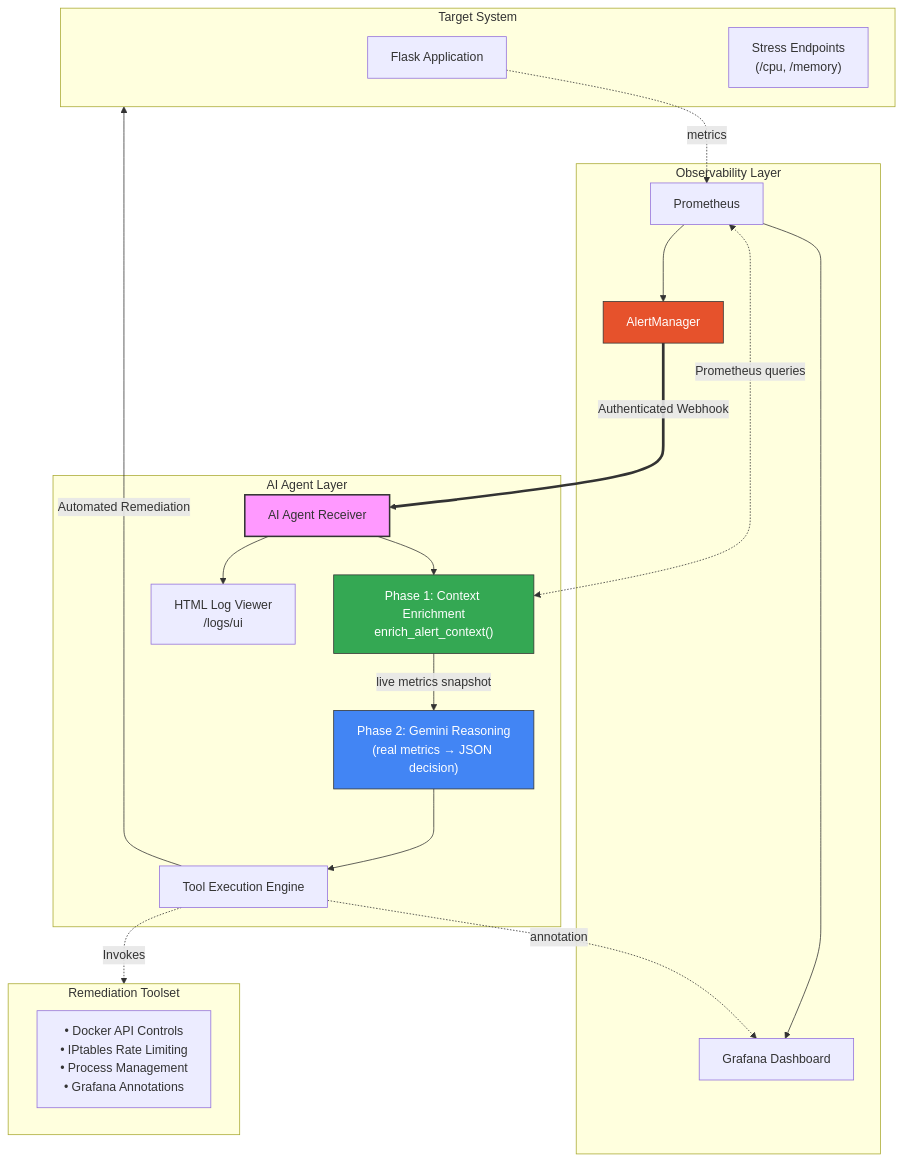
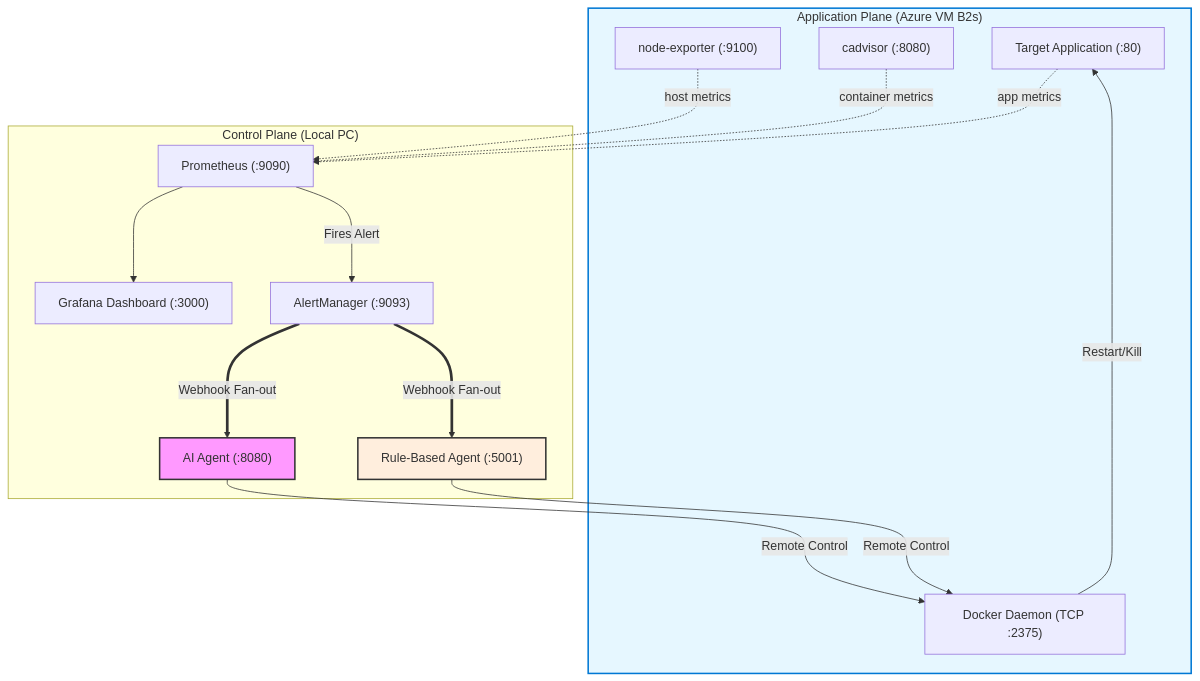
The diagram in README.md (mquangpham575/AiOps), drawn with Mermaid before and after one commit. The commit also changed other lines of this file and 32 other files, not shown here.

````diff
--- a/README.md
+++ b/README.md
@@ -161,43 +64,38 @@
 ```mermaid
 graph TB
-    subgraph TS ["Target System"]
-        App["Flask Application"]
-        Stress["Stress Endpoints\n(/cpu, /memory)"]
+    subgraph Azure ["Application Plane (Azure VM B2s)"]
+        App["Target Application (:80)"]
+        Node["node-exporter (:9100)"]
+        Cadvisor["cadvisor (:8080)"]
+        Docker["Docker Daemon (TCP :2375)"]
     end
 
-    subgraph OL ["Observability Layer"]
-        Prom["Prometheus"]
-        Graf["Grafana Dashboard"]
-        AM["AlertManager"]
+    subgraph PC ["Control Plane (Local PC)"]
+        Prom["Prometheus (:9090)"]
+        Graf["Grafana Dashboard (:3000)"]
+        AM["AlertManager (:9093)"]
+        
+        AIAgent["AI Agent (:8080)"]
+        RuleAgent["Rule-Based Agent (:5001)"]
     end
 
-    subgraph AL ["AI Agent Layer"]
-        Agent["AI Agent Receiver"]
-        Enrich["Phase 1: Context Enrichment\nenrich_alert_context()"]
-        LLM["Phase 2: Gemini Reasoning\n(real metrics → JSON decision)"]
-        Exec["Tool Execution Engine"]
-        LogUI["HTML Log Viewer\n/logs/ui"]
-    end
+    %% Metric Flow
+    Node -.->|host metrics| Prom
+    Cadvisor -.->|container metrics| Prom
+    App -.->|app metrics| Prom
+    Prom ---> Graf
+    
+    %% Alert Flow
+    Prom --->|Fires Alert| AM
+    AM ===>|Webhook Fan-out| AIAgent
+    AM ===>|Webhook Fan-out| RuleAgent
+    
+    %% Remediation Flow
+    AIAgent --->|Remote Control| Docker
+    RuleAgent --->|Remote Control| Docker
+    Docker --->|Restart/Kill| App
 
-    subgraph RT ["Remediation Toolset"]
-        Tools["• Docker API Controls<br/>• IPtables Rate Limiting<br/>• Process Management<br/>• Grafana Annotations"]
-    end
-
-    App -.->|metrics| Prom
-    Prom ---> Graf
-    Prom ---> AM
-    AM ===>|Authenticated Webhook| Agent
-    Agent --> Enrich
-    Enrich -->|live metrics snapshot| LLM
-    Enrich <-.->|Prometheus queries| Prom
-    LLM ---> Exec
-    Exec ---->|Automated Remediation| TS
-    Exec -.->|Invokes| RT
-    Exec -.->|annotation| Graf
-    Agent --> LogUI
-
-    style Agent fill:#f9f,stroke:#333,stroke-width:2px
-    style LLM fill:#4285F4,color:#fff,stroke:#333
-    style Enrich fill:#34A853,color:#fff,stroke:#333
-    style AM fill:#E6522C,color:#fff,stroke:#333
+    style AIAgent fill:#f9f,stroke:#333,stroke-width:2px
+    style RuleAgent fill:#ffeedd,stroke:#333,stroke-width:2px
+    style Azure fill:#e6f7ff,stroke:#0078D4,stroke-width:2px
 ```
````
